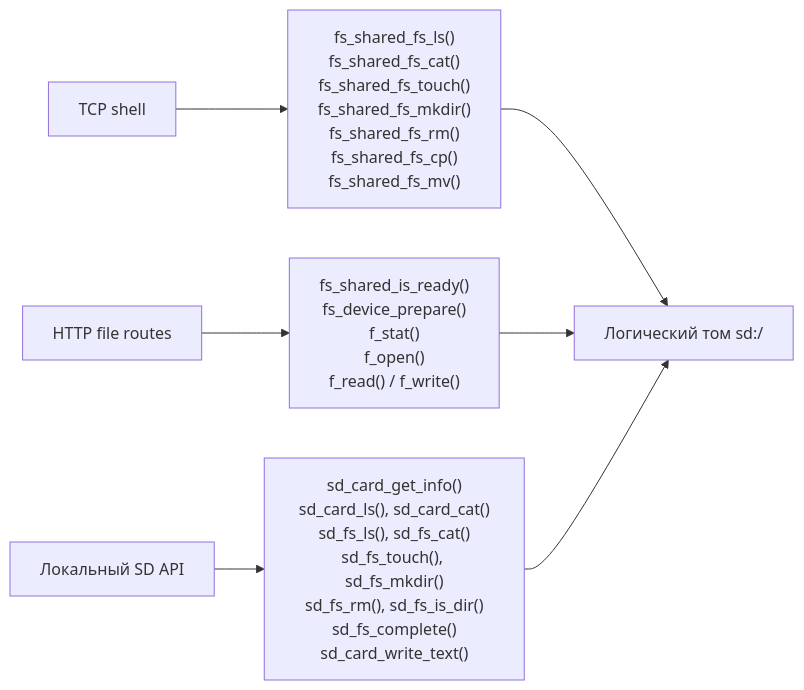
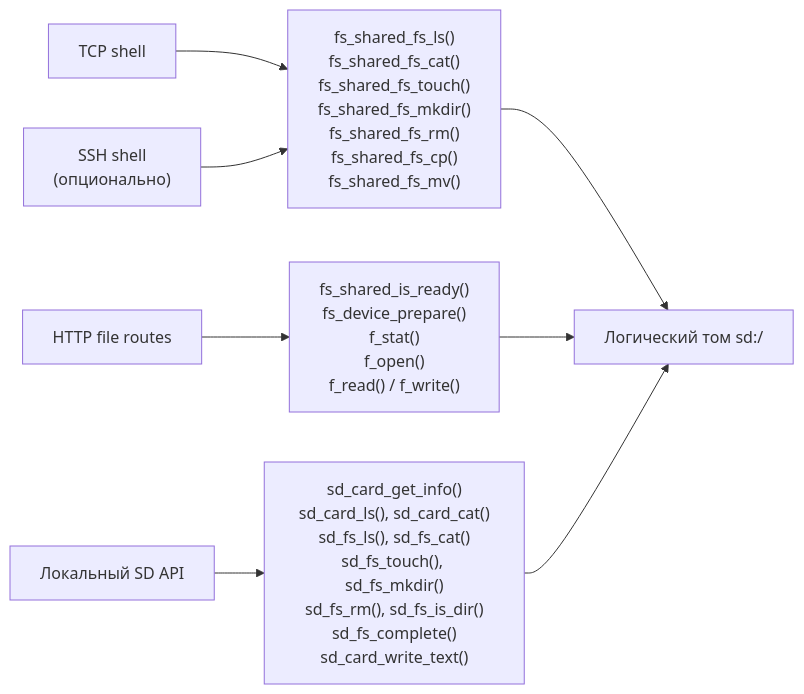
Before and after one commit to igtrefilov/bvstk: the tenth of 19 diagrams in docs/dev/architecture.md, drawn with Mermaid. The commit also changed other lines of this file and 18 other files, not shown here.

````diff
--- a/docs/dev/architecture.md
+++ b/docs/dev/architecture.md
@@ -698,17 +702,19 @@
 ```mermaid
 flowchart LR
     reg["Логический том sd:/"]
 
     shell["TCP shell"]
+    ssh["SSH shell<br/>(опционально)"]
     shell_api["fs_shared_fs_ls()<br/>fs_shared_fs_cat()<br/>fs_shared_fs_touch()<br/>fs_shared_fs_mkdir()<br/>fs_shared_fs_rm()<br/>fs_shared_fs_cp()<br/>fs_shared_fs_mv()"]
 
     http["HTTP file routes"]
     http_api["fs_shared_is_ready()<br/>fs_device_prepare()<br/>f_stat()<br/>f_open()<br/>f_read() / f_write()"]
 
     local["Локальный SD API"]
     local_api["sd_card_get_info()<br/>sd_card_ls(), sd_card_cat()<br/>sd_fs_ls(), sd_fs_cat()<br/>sd_fs_touch(), sd_fs_mkdir()<br/>sd_fs_rm(), sd_fs_is_dir()<br/>sd_fs_complete()<br/>sd_card_write_text()"]
 
     shell --> shell_api --> reg
+    ssh --> shell_api
     http --> http_api --> reg
     local --> local_api --> reg
 ```
````
